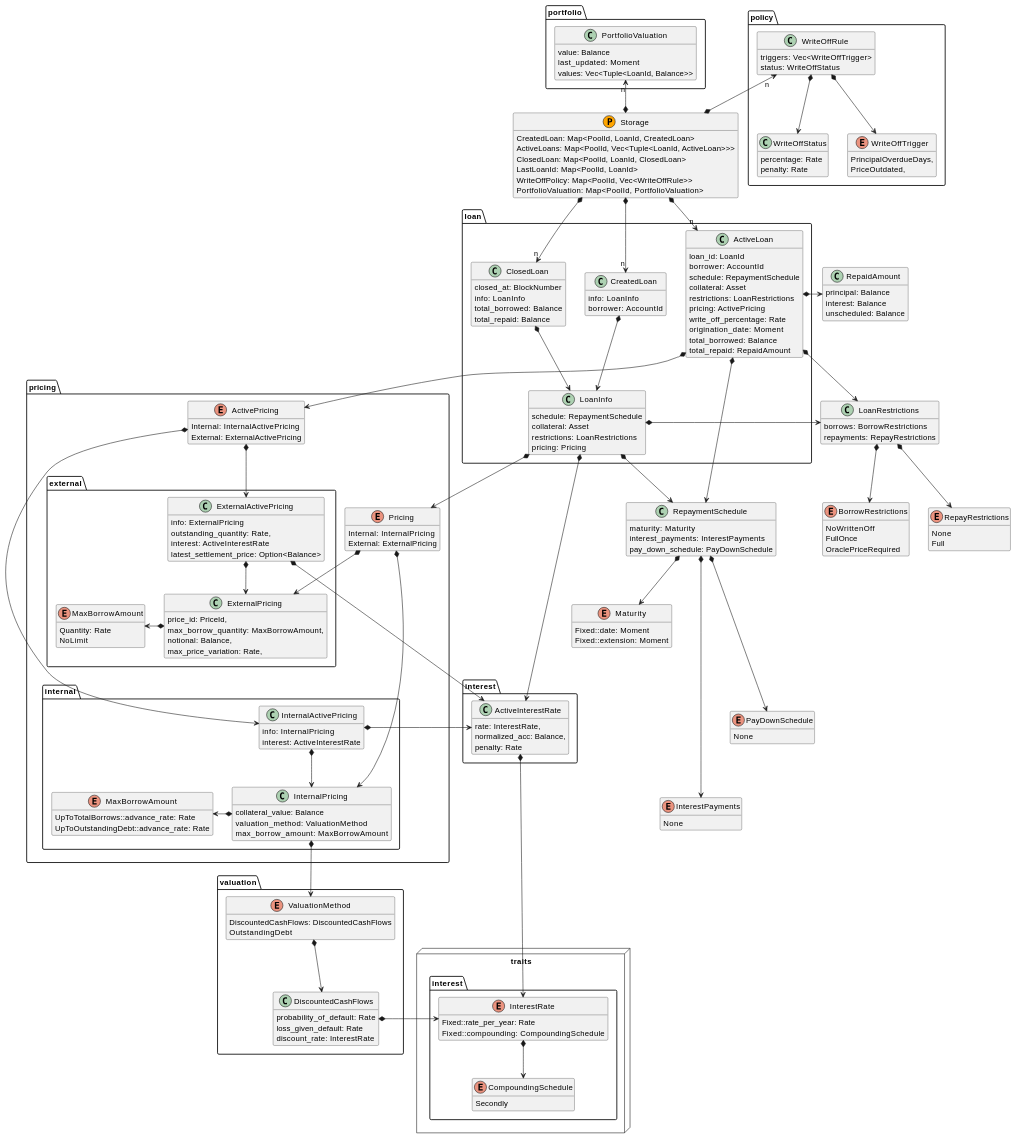
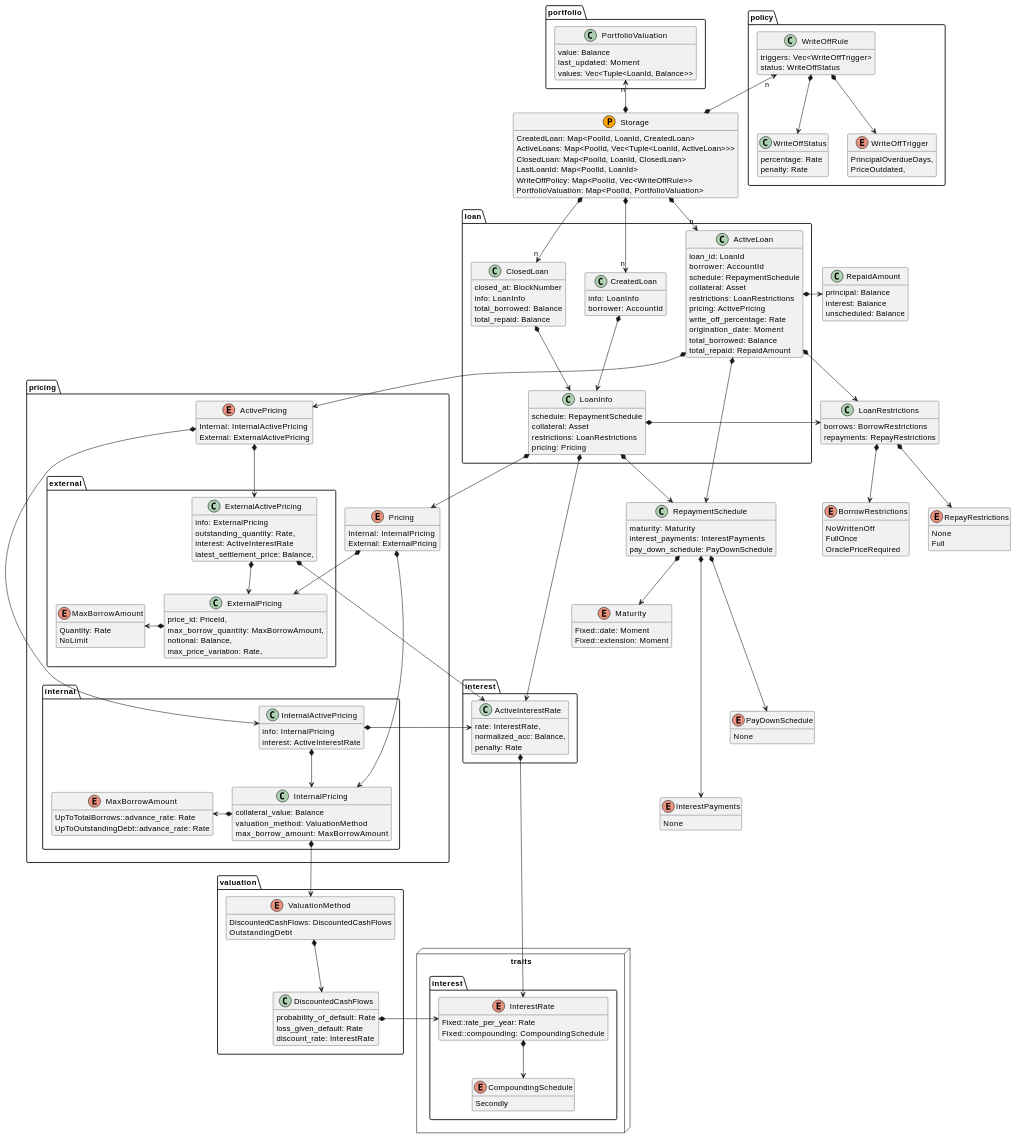
Before and after one commit to centrifuge/centrifuge-chain: the diagram in pallets/loans/docs/types.md, drawn with PlantUML. The commit also changed 5 other files, not shown here.

```diff
--- a/pallets/loans/docs/types.md
+++ b/pallets/loans/docs/types.md
@@ -166,7 +166,7 @@
             info: ExternalPricing
             outstanding_quantity: Rate,
             interest: ActiveInterestRate
-            latest_settlement_price: Option<Balance>
+            latest_settlement_price: Balance,
         }
 
         ExternalActivePricing *-r-> ActiveInterestRate
```
